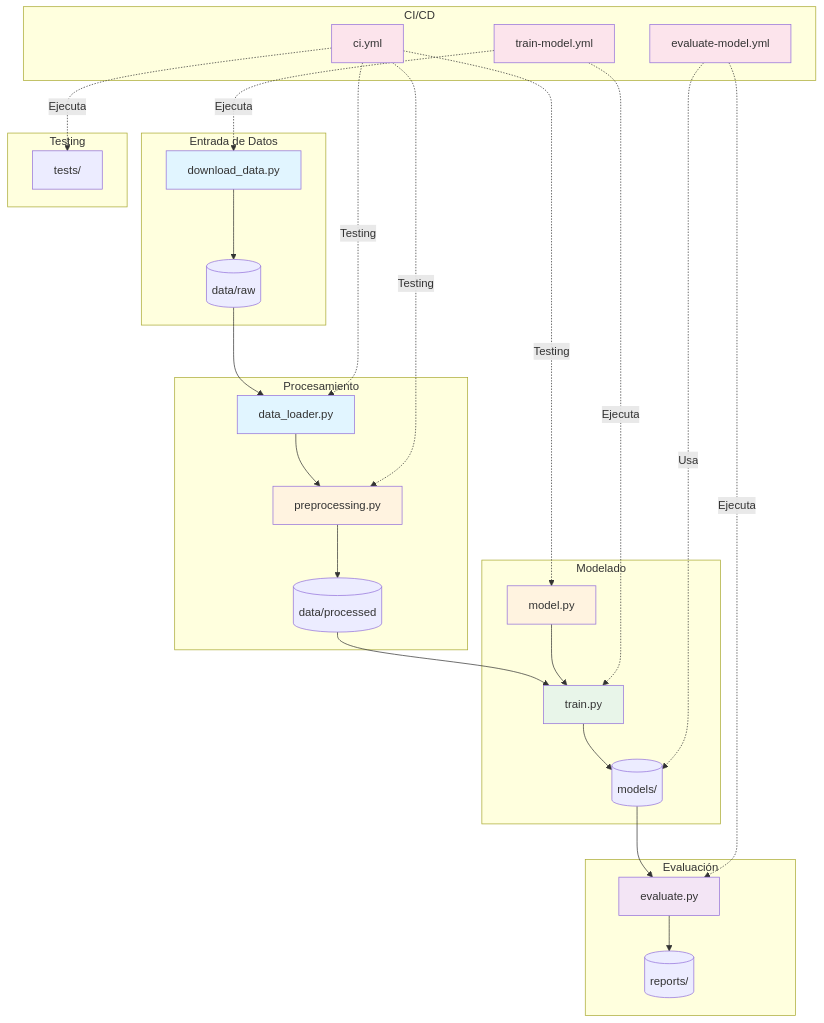
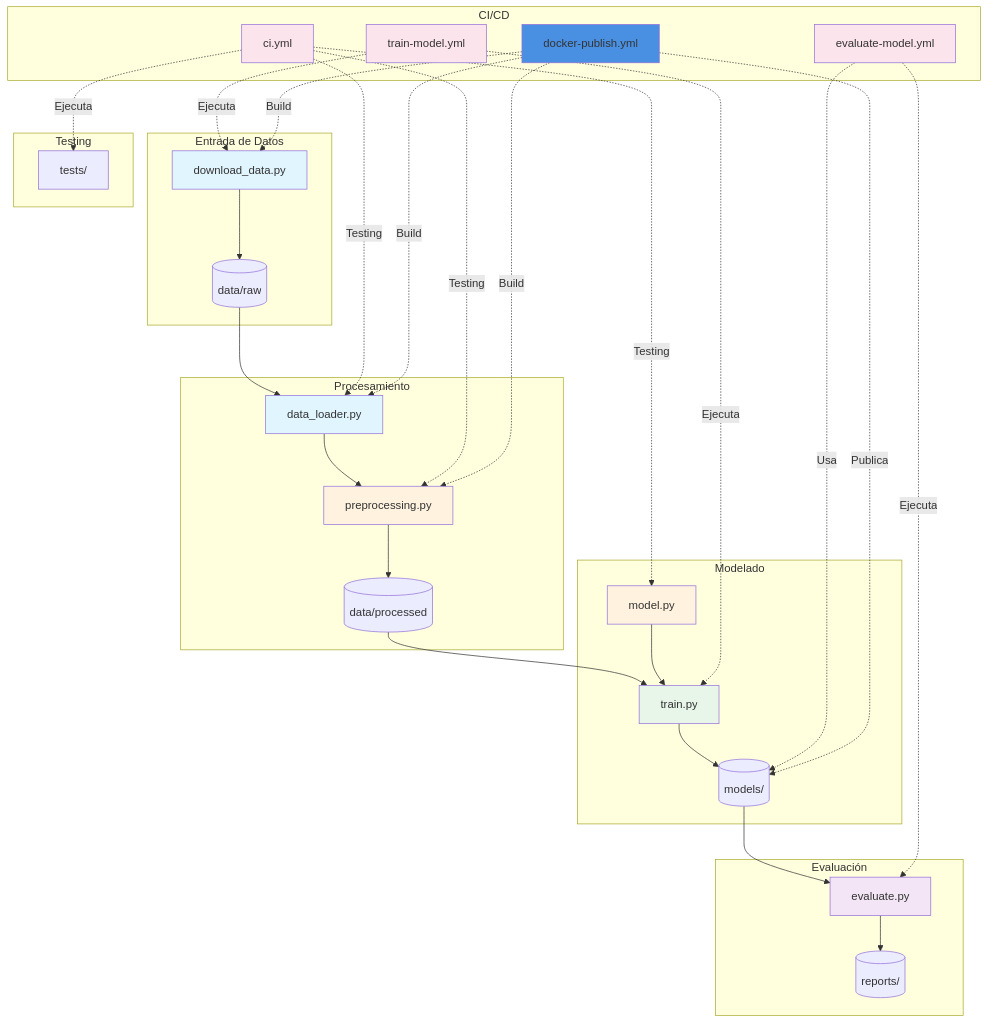
Before and after one commit to ivhuco/practica_ci_cd: the first of 5 diagrams in ARQUITECTURA.md, drawn with Mermaid. The commit also changed other lines of this file, not shown here.

First line of the commit message:
docs: Actualizar diagramas de arquitectura con workflow Docker

````diff
--- a/ARQUITECTURA.md
+++ b/ARQUITECTURA.md
@@ -28,65 +28,72 @@
 ```mermaid
 graph TB
     subgraph "Entrada de Datos"
         DL[download_data.py]
         RAW[(data/raw)]
     end
     
     subgraph "Procesamiento"
         LOADER[data_loader.py]
         PREP[preprocessing.py]
         PROC[(data/processed)]
     end
     
     subgraph "Modelado"
         MODEL[model.py]
         TRAIN[train.py]
         MODELS[(models/)]
     end
     
     subgraph "Evaluación"
         EVAL[evaluate.py]
         REPORTS[(reports/)]
     end
     
     subgraph "CI/CD"
         CI[ci.yml]
         TRAIN_WF[train-model.yml]
         EVAL_WF[evaluate-model.yml]
+        DOCKER_WF[docker-publish.yml]
     end
     
     subgraph "Testing"
         TESTS[tests/]
     end
     
     DL --> RAW
     RAW --> LOADER
     LOADER --> PREP
     PREP --> PROC
     PROC --> TRAIN
     MODEL --> TRAIN
     TRAIN --> MODELS
     MODELS --> EVAL
     EVAL --> REPORTS
     
     CI -.Testing.-> LOADER
     CI -.Testing.-> PREP
     CI -.Testing.-> MODEL
     CI -.Ejecuta.-> TESTS
     
     TRAIN_WF -.Ejecuta.-> DL
     TRAIN_WF -.Ejecuta.-> TRAIN
     
     EVAL_WF -.Ejecuta.-> EVAL
     EVAL_WF -.Usa.-> MODELS
     
+    DOCKER_WF -.Build.-> DL
+    DOCKER_WF -.Build.-> LOADER
+    DOCKER_WF -.Build.-> PREP
+    DOCKER_WF -.Publica.-> MODELS
+    
     style DL fill:#e1f5ff
     style LOADER fill:#e1f5ff
     style PREP fill:#fff3e0
     style MODEL fill:#fff3e0
     style TRAIN fill:#e8f5e9
     style EVAL fill:#f3e5f5
     style CI fill:#fce4ec
     style TRAIN_WF fill:#fce4ec
     style EVAL_WF fill:#fce4ec
+    style DOCKER_WF fill:#4A90E2
 ```
````
